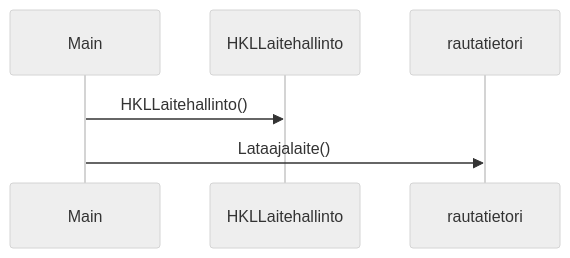
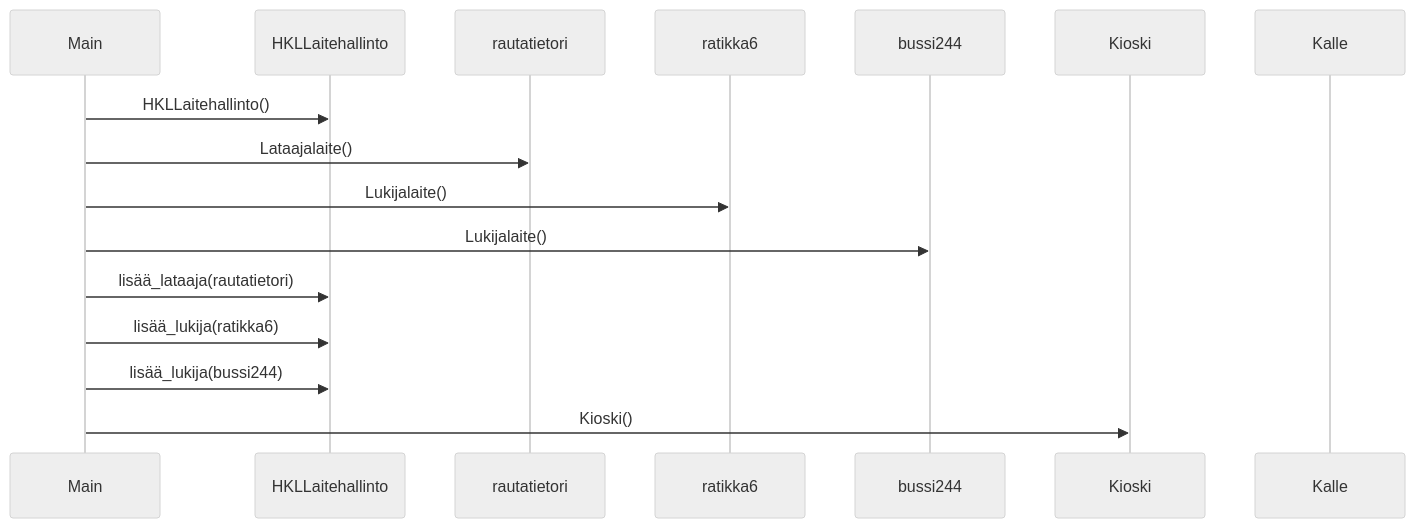
Before and after one commit to Nanotiike/ot-harjoitustyo: the diagram in laskarit/viikko3/HSL-matkakortti.md, drawn with Mermaid (neutral theme).

````diff
--- a/laskarit/viikko3/HSL-matkakortti.md
+++ b/laskarit/viikko3/HSL-matkakortti.md
@@ -1,8 +1,20 @@
 ```mermaid
 sequenceDiagram
     participant M as Main
     participant H as HKLLaitehallinto
     M ->> H: HKLLaitehallinto()
     participant R as rautatietori
     M ->> R: Lataajalaite()
+    participant R6 as ratikka6
+    M ->> R6: Lukijalaite()
+    participant B as bussi244
+    M ->> B: Lukijalaite()
+    M ->> H: lisää_lataaja(rautatietori)
+    M ->> H: lisää_lukija(ratikka6)
+    M ->> H: lisää_lukija(bussi244)
+    participant K as Kioski
+    M ->> K: Kioski()
+    participant Ka as Kalle
+    
+    
 ```
````
